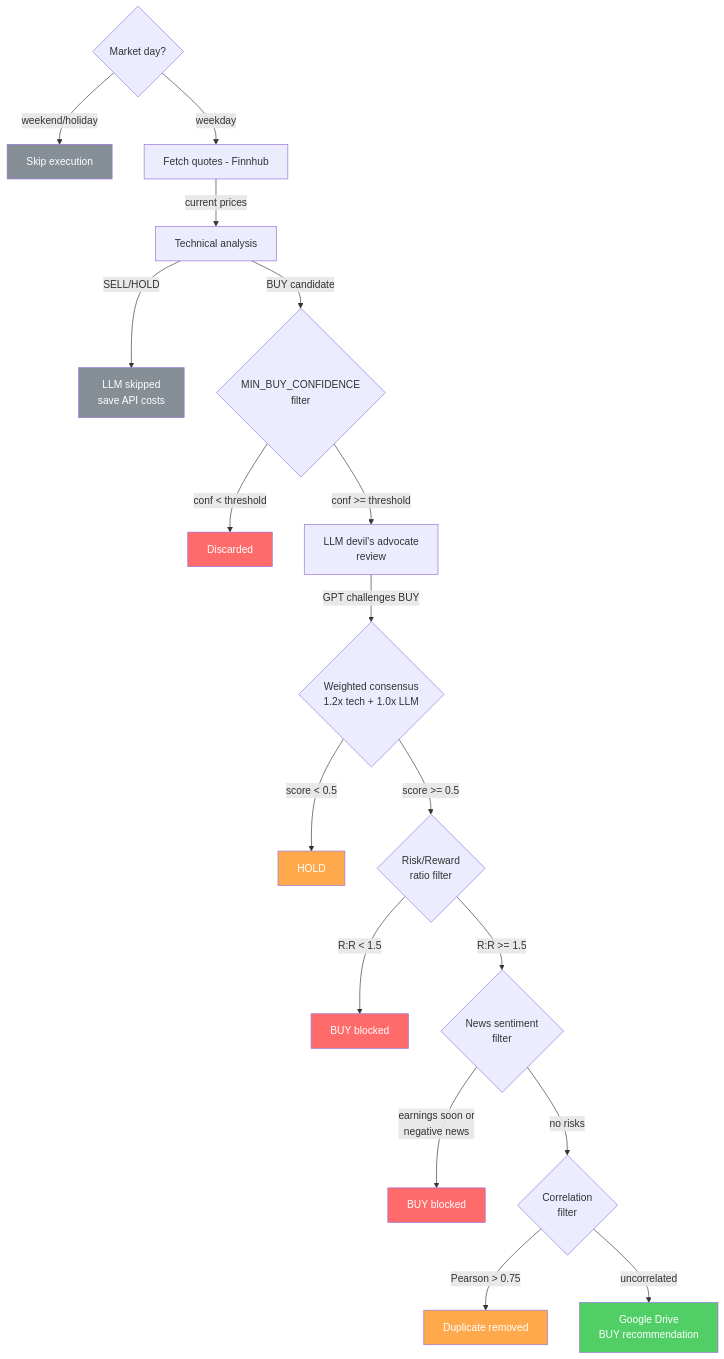
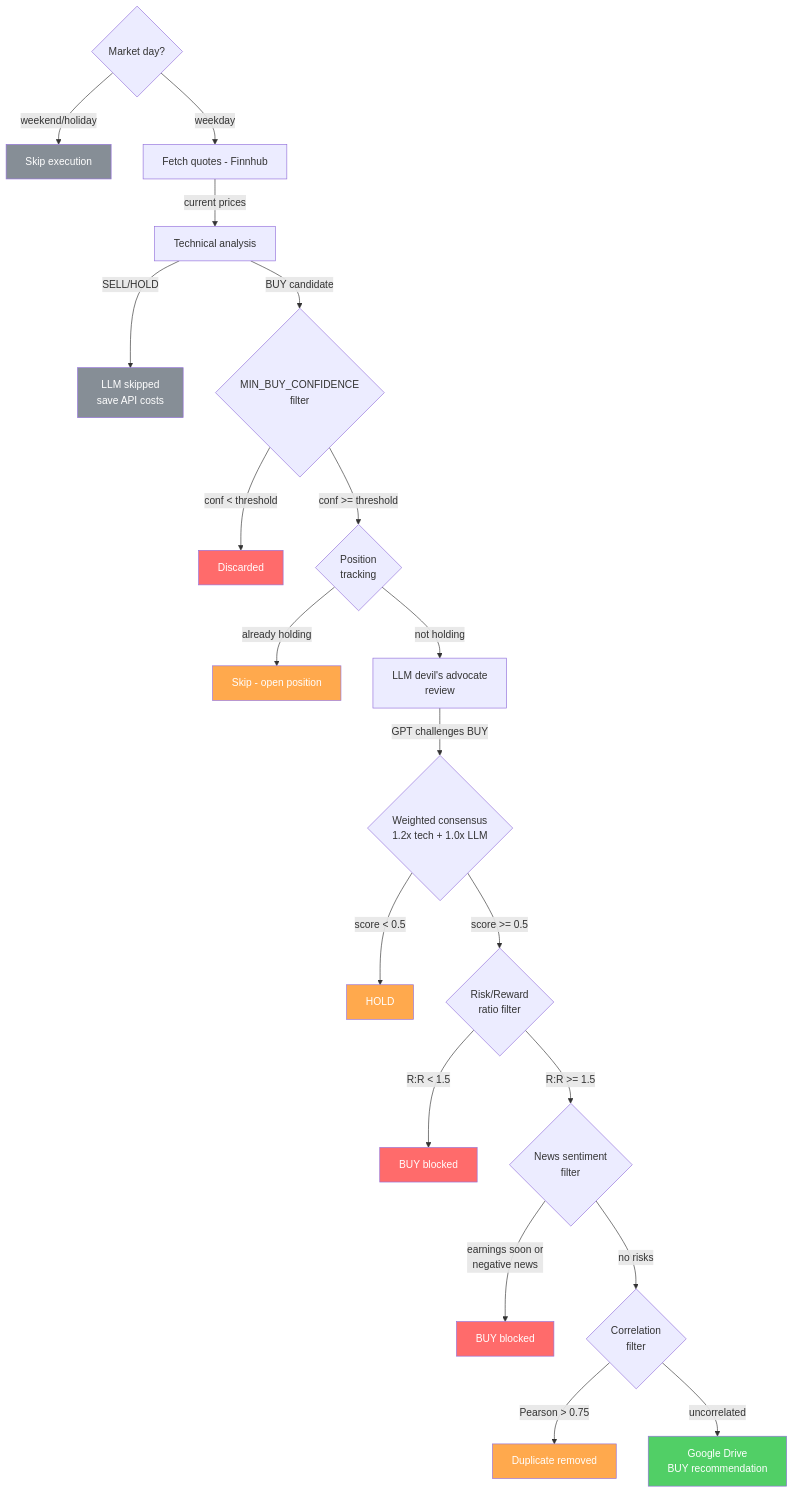
The diagram in README.md (manu-gt-hub/trading_advisor), drawn with Mermaid before and after one commit. The commit also changed other lines of this file and 7 other files, not shown here.

Commit message:
feat: diversity scoring, benchmark, position tracking, adaptive target

````diff
--- a/README.md
+++ b/README.md
@@ -123,28 +126,31 @@
 ```mermaid
 flowchart TD
     Z{Market day?} -->|weekend/holiday| X0[Skip execution]
     Z -->|weekday| A[Fetch quotes - Finnhub]
     A -->|current prices| B[Technical analysis]
     B -->|SELL/HOLD| S[LLM skipped<br>save API costs]
     B -->|BUY candidate| C{MIN_BUY_CONFIDENCE<br>filter}
     C -->|conf < threshold| X1[Discarded]
-    C -->|conf >= threshold| D[LLM devil's advocate<br>review]
+    C -->|conf >= threshold| P{Position<br>tracking}
+    P -->|already holding| X6[Skip - open position]
+    P -->|not holding| D[LLM devil's advocate<br>review]
     D -->|GPT challenges BUY| E{Weighted consensus<br>1.2x tech + 1.0x LLM}
     E -->|score < 0.5| X2[HOLD]
     E -->|score >= 0.5| RR{Risk/Reward<br>ratio filter}
     RR -->|R:R < 1.5| X5[BUY blocked]
     RR -->|R:R >= 1.5| F{News sentiment<br>filter}
     F -->|earnings soon or<br>negative news| X3[BUY blocked]
     F -->|no risks| G{Correlation<br>filter}
     G -->|Pearson > 0.75| X4[Duplicate removed]
     G -->|uncorrelated| H[Google Drive<br>BUY recommendation]
 
     style X0 fill:#868e96,color:#fff
     style X1 fill:#ff6b6b,color:#fff
     style X2 fill:#ffa94d,color:#fff
     style X3 fill:#ff6b6b,color:#fff
     style X4 fill:#ffa94d,color:#fff
     style X5 fill:#ff6b6b,color:#fff
+    style X6 fill:#ffa94d,color:#fff
     style S fill:#868e96,color:#fff
     style H fill:#51cf66,color:#fff
 ```
````
